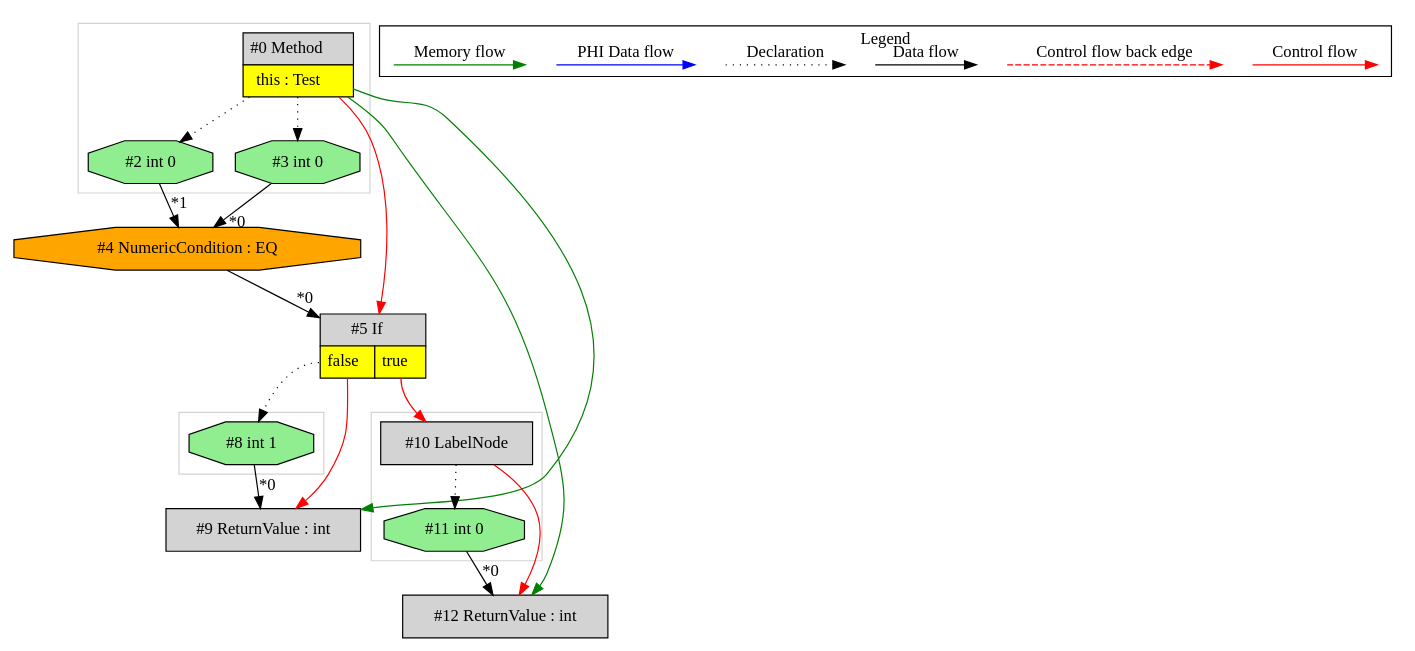
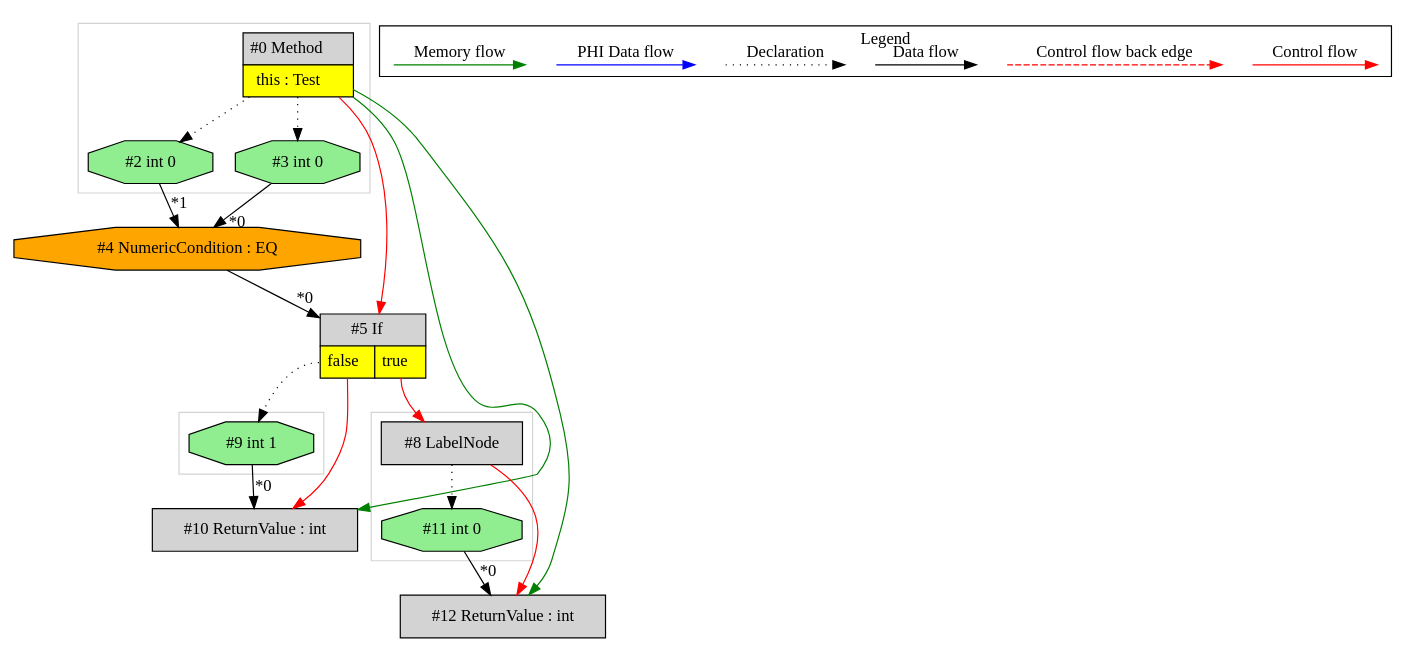
One commit to mirkosertic/MetaIR changed the diagram in de.mirkosertic.metair.ir.OpcodeIFICMPEQTest/test_IF_ICMPEQ/ir.dot. Above: the diagram before and after it, drawn with Graphviz. The commit also changed 1233 other files, not shown here.

```diff
--- a/de.mirkosertic.metair.ir.OpcodeIFICMPEQTest/test_IF_ICMPEQ/ir.dot
+++ b/de.mirkosertic.metair.ir.OpcodeIFICMPEQTest/test_IF_ICMPEQ/ir.dot
@@ -1,69 +1,69 @@
 digraph {
  ordering="in";
  node0[margin="0", label=<<table border="0" cellborder="1" cellspacing="0" cellpadding="5"><tr><td colspan="1">#0 Method</td></tr><tr><td port="prj1" bgcolor="yellow">this : Test</td></tr></table>>,shape=none, fillcolor=lightgrey, style=filled];
- node5[margin="0", label=<<table border="0" cellborder="1" cellspacing="0" cellpadding="5"><tr><td colspan="2">#5 If</td></tr><tr><td port="prj6" bgcolor="yellow">false</td><td port="prj7" bgcolor="yellow">true</td></tr></table>>,shape=none, fillcolor=lightgrey, style=filled];
- node4 -> node5[headlabel="*0", labeldistance=2];
- node0 -> node5[labeldistance=2, color=red, fontcolor=red];
+ node3[label="#3 int 0",shape=octagon, fillcolor=lightgreen, style=filled];
+ node0 -> node3[style=dotted];
  node4[label="#4 NumericCondition : EQ",shape=octagon, fillcolor=orange, style=filled];
  node3 -> node4[headlabel="*0", labeldistance=2];
  node2 -> node4[headlabel="*1", labeldistance=2];
  node2[label="#2 int 0",shape=octagon, fillcolor=lightgreen, style=filled];
  node0 -> node2[style=dotted];
- node3[label="#3 int 0",shape=octagon, fillcolor=lightgreen, style=filled];
- node0 -> node3[style=dotted];
- node10[label="#10 LabelNode",shape=box, fillcolor=lightgrey, style=filled];
+ node5[margin="0", label=<<table border="0" cellborder="1" cellspacing="0" cellpadding="5"><tr><td colspan="2">#5 If</td></tr><tr><td port="prj7" bgcolor="yellow">false</td><td port="prj6" bgcolor="yellow">true</td></tr></table>>,shape=none, fillcolor=lightgrey, style=filled];
+ node4 -> node5[headlabel="*0", labeldistance=2];
+ node0 -> node5[labeldistance=2, color=red, fontcolor=red];
+ node10[label="#10 ReturnValue : int",shape=box, fillcolor=lightgrey, style=filled];
+ node9 -> node10[headlabel="*0", labeldistance=2];
  node5:prj7 -> node10[labeldistance=2, color=red, fontcolor=red];
- node11[label="#11 int 0",shape=octagon, fillcolor=lightgreen, style=filled];
- node10 -> node11[style=dotted];
+ node0 -> node10[labeldistance=2, color=green, constraint=false];
+ node9[label="#9 int 1",shape=octagon, fillcolor=lightgreen, style=filled];
+ node5:prj7 -> node9[style=dotted];
+ node8[label="#8 LabelNode",shape=box, fillcolor=lightgrey, style=filled];
+ node5:prj6 -> node8[labeldistance=2, color=red, fontcolor=red];
  node12[label="#12 ReturnValue : int",shape=box, fillcolor=lightgrey, style=filled];
  node11 -> node12[headlabel="*0", labeldistance=2];
- node10 -> node12[labeldistance=2, color=red, fontcolor=red];
+ node8 -> node12[labeldistance=2, color=red, fontcolor=red];
  node0 -> node12[labeldistance=2, color=green, constraint=false];
- node8[label="#8 int 1",shape=octagon, fillcolor=lightgreen, style=filled];
- node5:prj6 -> node8[style=dotted];
- node9[label="#9 ReturnValue : int",shape=box, fillcolor=lightgrey, style=filled];
- node8 -> node9[headlabel="*0", labeldistance=2];
- node5:prj6 -> node9[labeldistance=2, color=red, fontcolor=red];
- node0 -> node9[labeldistance=2, color=green, constraint=false];
+ node11[label="#11 int 0",shape=octagon, fillcolor=lightgreen, style=filled];
+ node8 -> node11[style=dotted];
  subgraph cluster_0 {
-  color=lightgray;
-  node10;
-  node11;
- }
- subgraph cluster_1 {
   color=lightgray;
   node0;
   node2;
   node3;
  }
+ subgraph cluster_1 {
+  color=lightgray;
+  node9;
+ }
  subgraph cluster_2 {
   color=lightgray;
   node8;
+  node11;
  }
  subgraph cluster_000 {
   label = "Legend";
   node [shape=point]
   {
    rank=same;
    c0 [style = invis];
    c1 [style = invis];
    c2 [style = invis];
    c3 [style = invis];
    d0 [style = invis];
    d1 [style = invis];
    d2 [style = invis];
    d3 [style = invis];
    d4 [style = invis];
    d5 [style = invis];
    d6 [style = invis];
    d7 [style = invis];
   }
   c0 -> c1 [label="Control flow", style=solid, color=red]
   c2 -> c3 [label="Control flow back edge", style=dashed, color=red]
   d0 -> d1 [label="Data flow"]
   d2 -> d3 [label="Declaration", style=dotted]
   d4 -> d5 [label="PHI Data flow", color=blue]
   d6 -> d7 [label="Memory flow", color=green]
  }
 
 }
```
